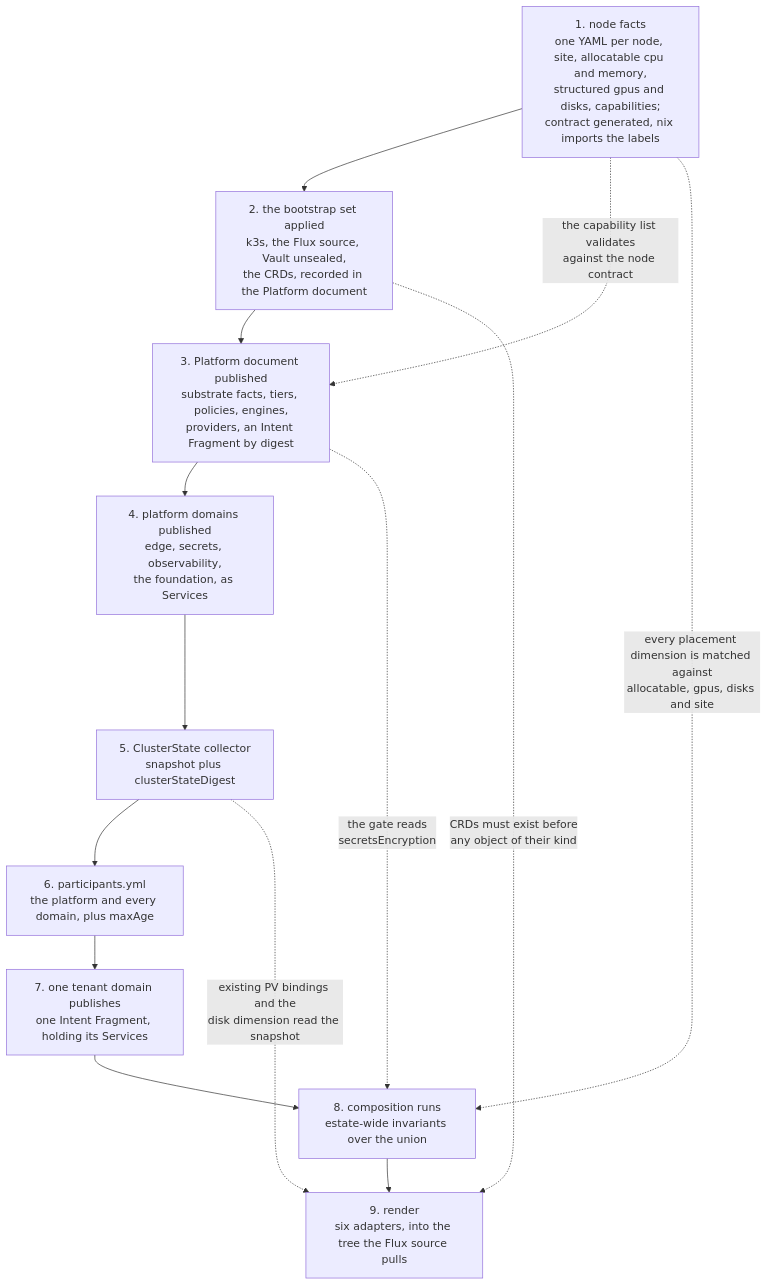
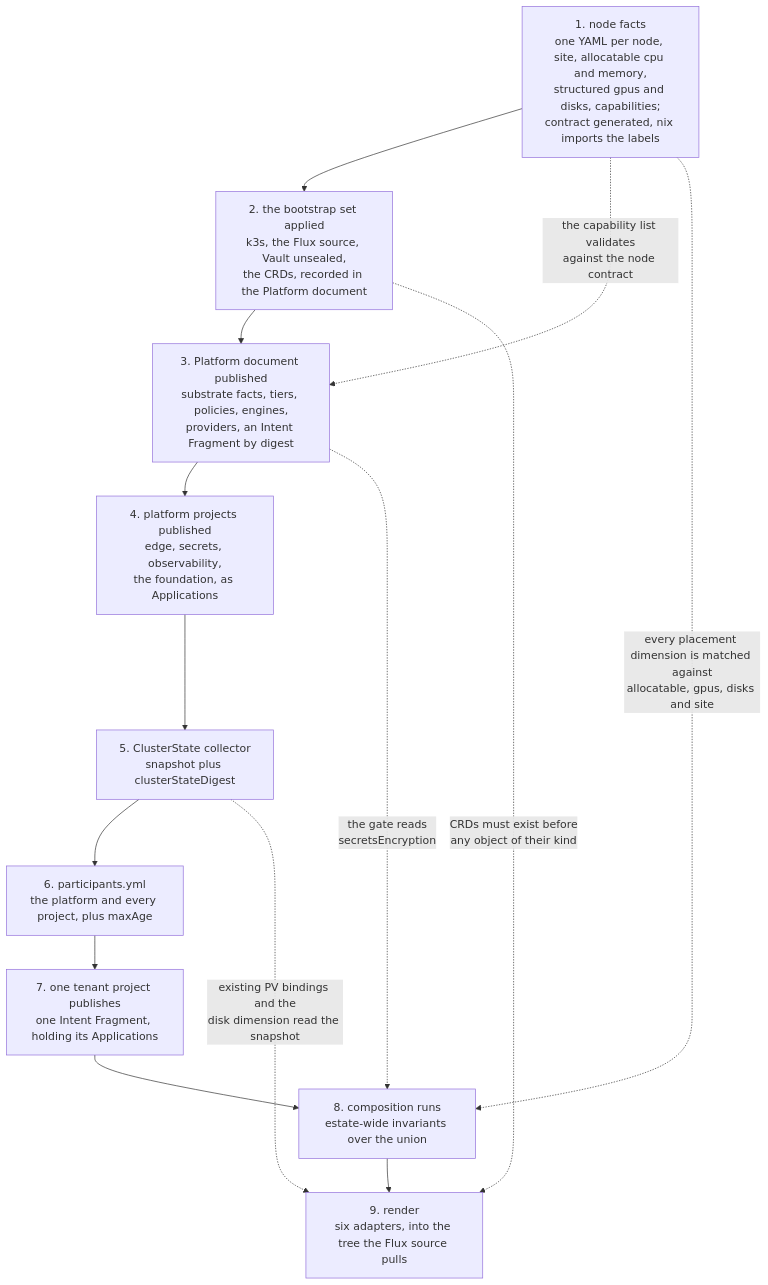
Before and after one commit to JorisJonkers-dev/deploy-kit: the diagram in spec/v1/60-setup.md, drawn with Mermaid. The commit also changed other lines of this file and 169 other files, not shown here.

````diff
--- a/spec/v1/60-setup.md
+++ b/spec/v1/60-setup.md
@@ -539,19 +539,19 @@
 ```mermaid
 flowchart TB
     A["1. node facts<br/>one YAML per node, site, allocatable cpu and memory,<br/>structured gpus and disks, capabilities;<br/>contract generated, nix imports the labels"]
     B["2. the bootstrap set applied<br/>k3s, the Flux source, Vault unsealed,<br/>the CRDs, recorded in the Platform document"]
     C["3. Platform document published<br/>substrate facts, tiers, policies, engines,<br/>providers, an Intent Fragment by digest"]
-    D["4. platform domains published<br/>edge, secrets, observability,<br/>the foundation, as Services"]
+    D["4. platform projects published<br/>edge, secrets, observability,<br/>the foundation, as Applications"]
     E["5. ClusterState collector<br/>snapshot plus clusterStateDigest"]
-    F["6. participants.yml<br/>the platform and every domain, plus maxAge"]
-    G["7. one tenant domain publishes<br/>one Intent Fragment, holding its Services"]
+    F["6. participants.yml<br/>the platform and every project, plus maxAge"]
+    G["7. one tenant project publishes<br/>one Intent Fragment, holding its Applications"]
     H["8. composition runs<br/>estate-wide invariants over the union"]
     I["9. render<br/>six adapters, into the tree the Flux source pulls"]
 
     A --> B --> C --> D --> E --> F --> G --> H --> I
     A -.->|"the capability list validates<br/>against the node contract"| C
     A -.->|"every placement dimension is matched against<br/>allocatable, gpus, disks and site"| H
     B -.->|"CRDs must exist before<br/>any object of their kind"| I
     C -.->|"the gate reads<br/>secretsEncryption"| H
     E -.->|"existing PV bindings and the<br/>disk dimension read the snapshot"| I
 ```
````
